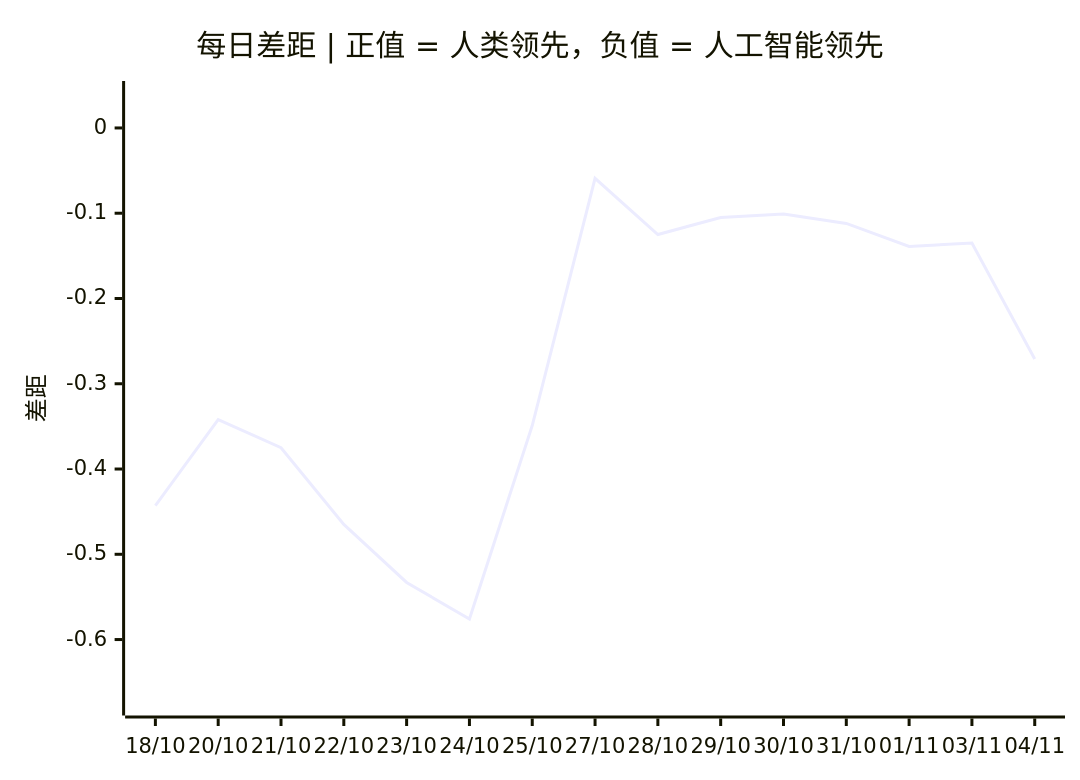
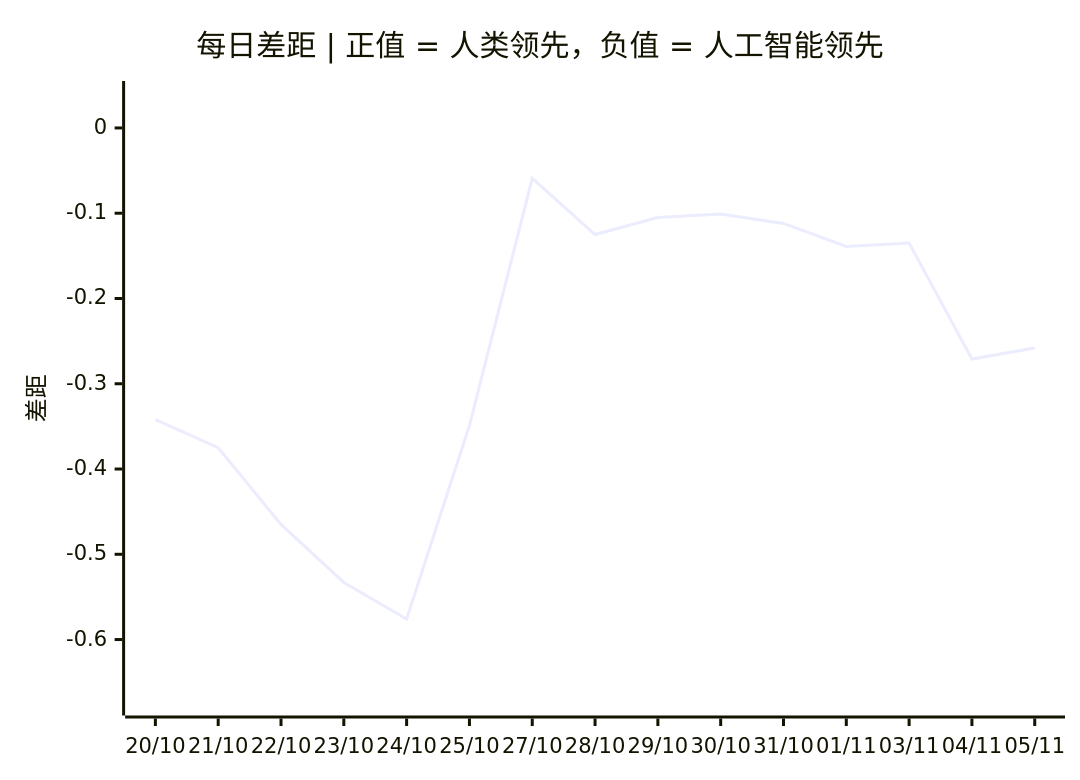
One commit to VQQLK/Human-AI-Monitor changed the third of 3 diagrams in README.zh.md. Above: the diagram before and after it, drawn with Mermaid. The commit also changed other lines of this file and 3 other files, not shown here.

````diff
--- a/README.zh.md
+++ b/README.zh.md
@@ -56,7 +56,7 @@
 ```mermaid
 xychart-beta
     title "每日差距 | 正值 = 人类领先，负值 = 人工智能领先"
-    x-axis ["18/10", "20/10", "21/10", "22/10", "23/10", "24/10", "25/10", "27/10", "28/10", "29/10", "30/10", "31/10", "01/11", "03/11", "04/11"]
+    x-axis ["20/10", "21/10", "22/10", "23/10", "24/10", "25/10", "27/10", "28/10", "29/10", "30/10", "31/10", "01/11", "03/11", "04/11", "05/11"]
     y-axis "差距" -0.675 --> 0.041
-    line [-0.443, -0.342, -0.375, -0.465, -0.533, -0.576, -0.349, -0.059, -0.125, -0.105, -0.101, -0.112, -0.139, -0.135, -0.271]
+    line [-0.342, -0.375, -0.465, -0.533, -0.576, -0.349, -0.059, -0.125, -0.105, -0.101, -0.112, -0.139, -0.135, -0.271, -0.258]
 ```
````
